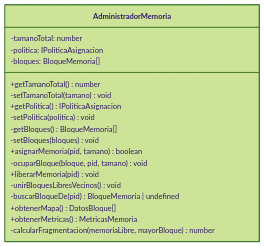
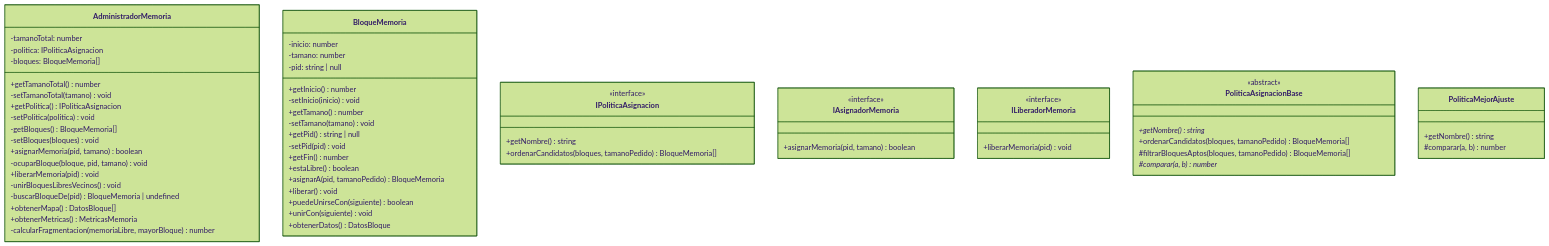
Before and after one commit to turboprogramadorsixseven/memoria-POO: the diagram in docs/diagrama-clases.md, drawn with Mermaid (forest theme).

Commit message:
sigo con el diagrama de clases

````diff
--- a/docs/diagrama-clases.md
+++ b/docs/diagrama-clases.md
@@ -9,24 +9,72 @@
 ```mermaid
 classDiagram
   direction TB
 
   class AdministradorMemoria {
     -tamanoTotal: number
     -politica: IPoliticaAsignacion
     -bloques: BloqueMemoria[]
     +getTamanoTotal() number
     -setTamanoTotal(tamano) void
     +getPolitica() IPoliticaAsignacion
     -setPolitica(politica) void
     -getBloques() BloqueMemoria[]
     -setBloques(bloques) void
     +asignarMemoria(pid, tamano) boolean
     -ocuparBloque(bloque, pid, tamano) void
     +liberarMemoria(pid) void
     -unirBloquesLibresVecinos() void
     -buscarBloqueDe(pid) BloqueMemoria | undefined
     +obtenerMapa() DatosBloque[]
     +obtenerMetricas() MetricasMemoria
     -calcularFragmentacion(memoriaLibre, mayorBloque) number
   }
+
+  class BloqueMemoria {
+    -inicio: number
+    -tamano: number
+    -pid: string | null
+    +getInicio() number
+    -setInicio(inicio) void
+    +getTamano() number
+    -setTamano(tamano) void
+    +getPid() string | null
+    -setPid(pid) void
+    +getFin() number
+    +estaLibre() boolean
+    +asignarA(pid, tamanoPedido) BloqueMemoria
+    +liberar() void
+    +puedeUnirseCon(siguiente) boolean
+    +unirCon(siguiente) void
+    +obtenerDatos() DatosBloque
+  }
+
+  class IPoliticaAsignacion {
+    <<interface>>
+    +getNombre() string
+    +ordenarCandidatos(bloques, tamanoPedido) BloqueMemoria[]
+  }
+
+  class IAsignadorMemoria {
+    <<interface>>
+    +asignarMemoria(pid, tamano) boolean
+  }
+
+  class ILiberadorMemoria {
+    <<interface>>
+    +liberarMemoria(pid) void
+  }
+
+  class PoliticaAsignacionBase {
+    <<abstract>>
+    +getNombre()* string
+    +ordenarCandidatos(bloques, tamanoPedido) BloqueMemoria[]
+    #filtrarBloquesAptos(bloques, tamanoPedido) BloqueMemoria[]
+    #comparar(a, b)* number
+  }
+
+  class PoliticaMejorAjuste {
+    +getNombre() string
+    #comparar(a, b) number
+  }
 ```
````
